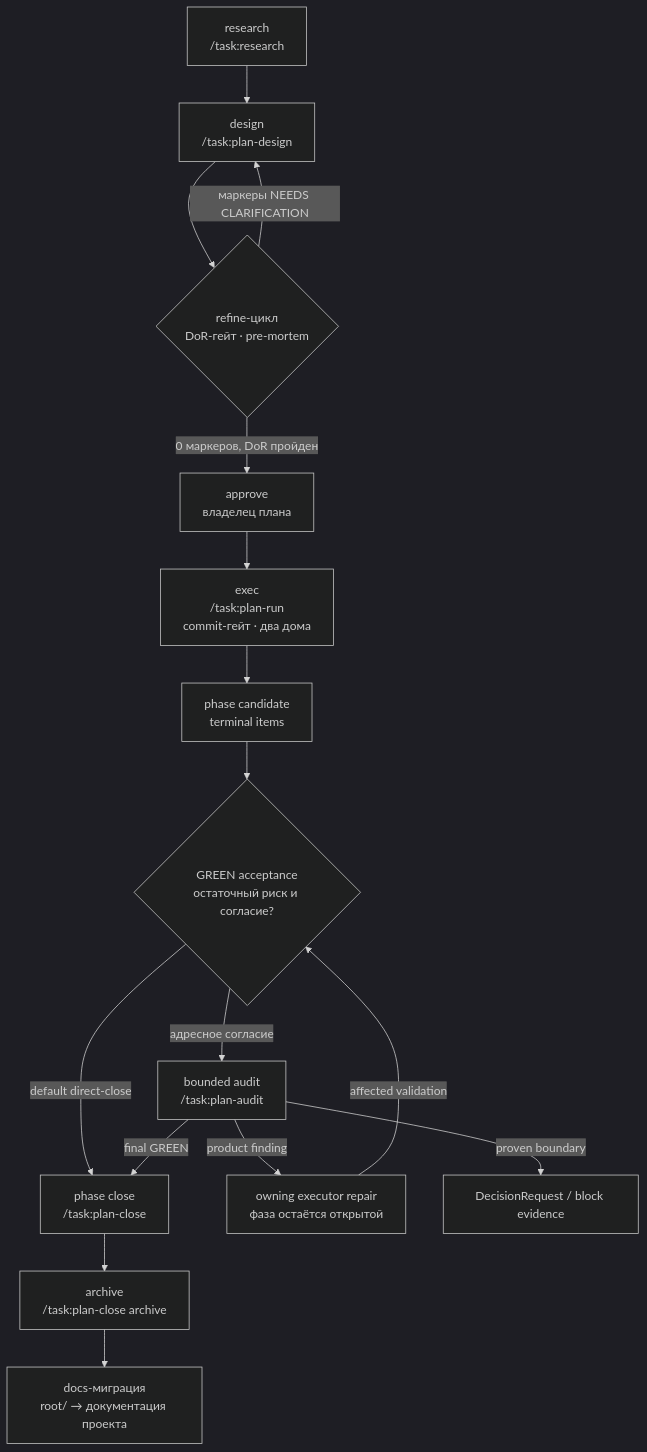
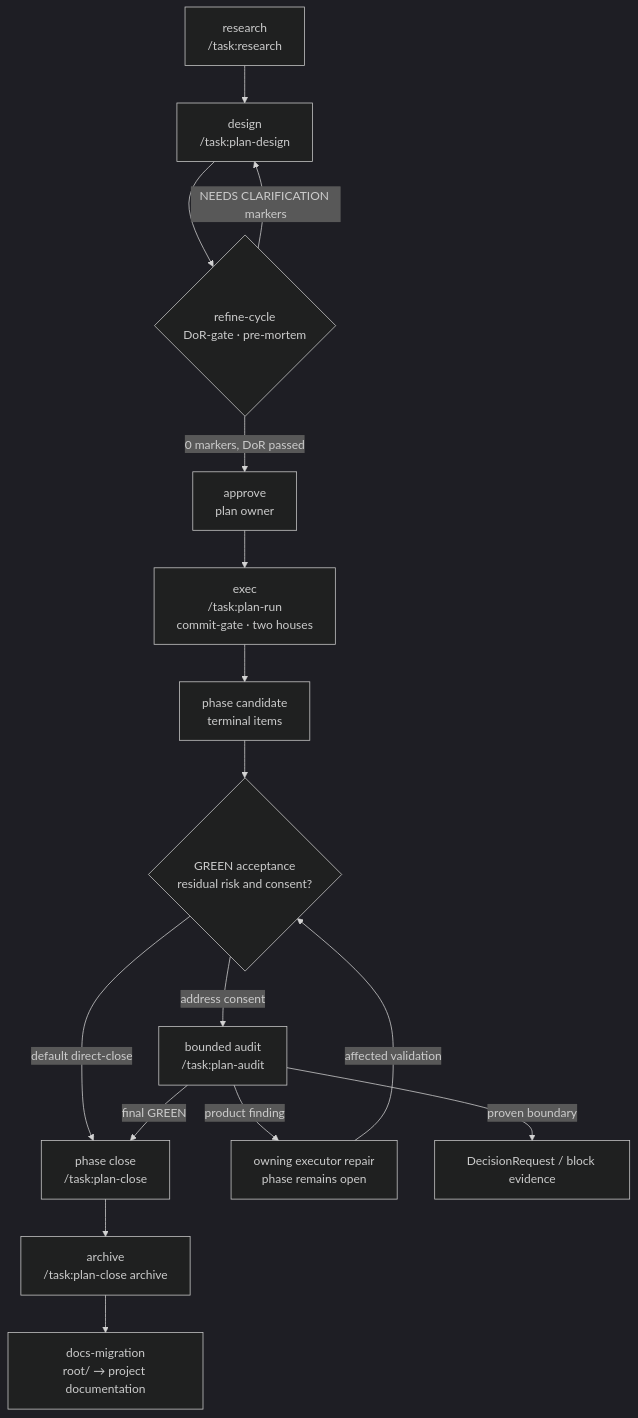
The diagram in packages/task/docs/methodology.md (academici/swissknifeman), drawn with Mermaid (dark theme) before and after one commit. The commit also changed other lines of this file and 1553 other files, not shown here.

````diff
--- a/packages/task/docs/methodology.md
+++ b/packages/task/docs/methodology.md
@@ -19,18 +19,18 @@
 ```mermaid
 flowchart TD
     R[research<br>/task:research] --> D[design<br>/task:plan-design]
-    D --> RF{refine-цикл<br>DoR-гейт · pre-mortem}
-    RF -- маркеры NEEDS CLARIFICATION --> D
-    RF -- 0 маркеров, DoR пройден --> A[approve<br>владелец плана]
-    A --> E[exec<br>/task:plan-run<br>commit-гейт · два дома]
+    D --> RF{refine-cycle<br>DoR-gate · pre-mortem}
+    RF -- NEEDS CLARIFICATION markers --> D
+    RF -- 0 markers, DoR passed --> A[approve<br>plan owner]
+    A --> E[exec<br>/task:plan-run<br>commit-gate · two houses]
     E --> C[phase candidate<br>terminal items]
-    C --> AP{GREEN acceptance<br>остаточный риск и согласие?}
-    AP -- адресное согласие --> RV[bounded audit<br>/task:plan-audit]
+    C --> AP{GREEN acceptance<br>residual risk and consent?}
+    AP -- address consent --> RV[bounded audit<br>/task:plan-audit]
     AP -- default direct-close --> PC
-    RV -- product finding --> RE[owning executor repair<br>фаза остаётся открытой]
+    RV -- product finding --> RE[owning executor repair<br>phase remains open]
     RE -- affected validation --> AP
     RV -- final GREEN --> PC[phase close<br>/task:plan-close]
     RV -- proven boundary --> INC[DecisionRequest / block evidence]
     PC --> AR[archive<br>/task:plan-close archive]
-    AR --> DOCS[docs-миграция<br>root/ → документация проекта]
+    AR --> DOCS[docs-migration<br>root/ → project documentation]
 ```
````
